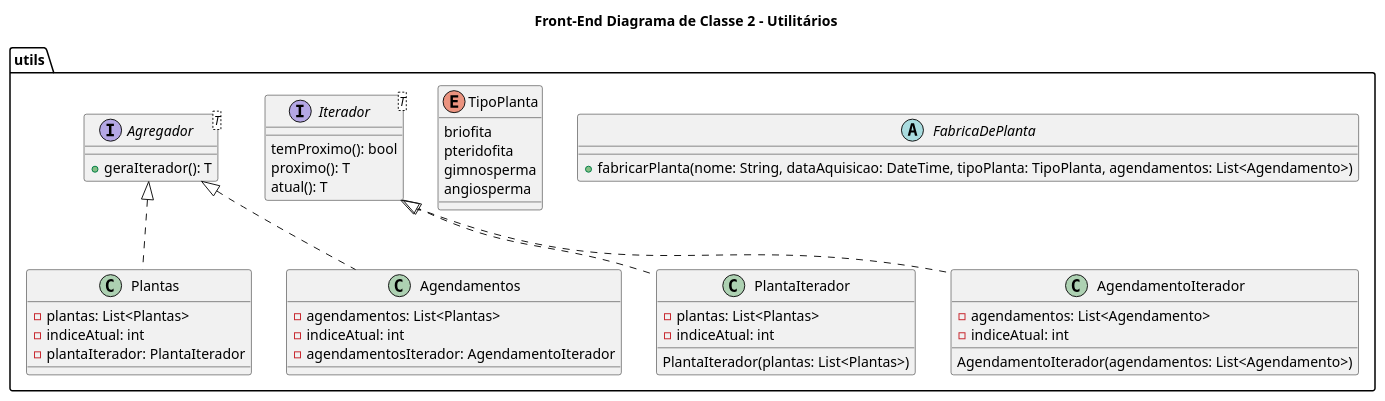
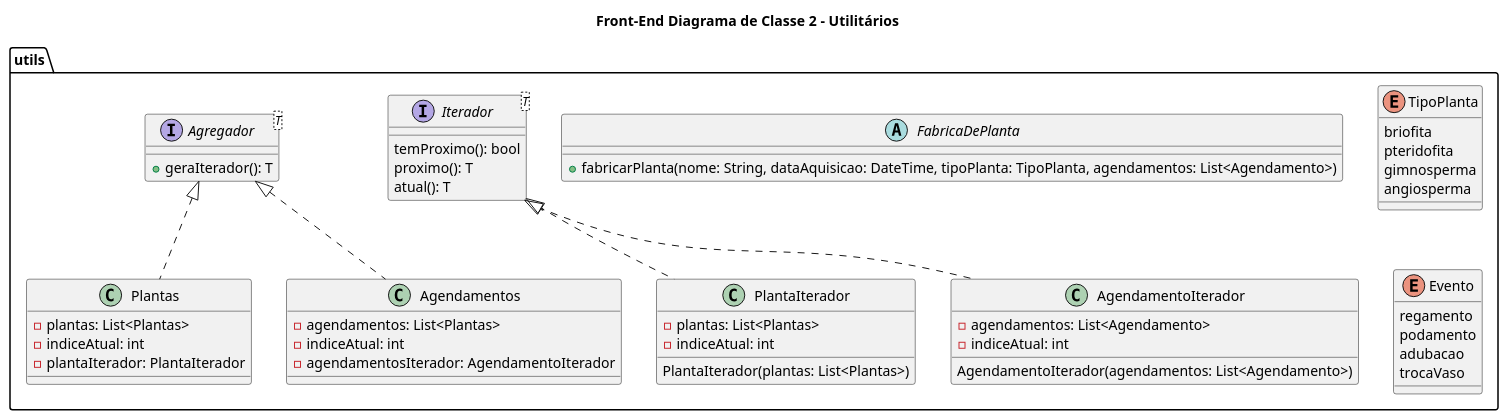
The diagram in docs/diagramas/src/diagramas_classe/frontend/diagrama_classe_2.plantuml (tiagors09/CareGardenProject), drawn with PlantUML before and after one commit. The commit also changed 4 other files, not shown here.

```diff
--- a/docs/diagramas/src/diagramas_classe/frontend/diagrama_classe_2.plantuml
+++ b/docs/diagramas/src/diagramas_classe/frontend/diagrama_classe_2.plantuml
@@ -1,56 +1,63 @@
 @startuml Diagrama_Classe_2
 title Front-End Diagrama de Classe 2 - Utilitários
 
 package utils {
   abstract class FabricaDePlanta {
     +fabricarPlanta(nome: String, dataAquisicao: DateTime, tipoPlanta: TipoPlanta, agendamentos: List<Agendamento>)
   }
 
   enum TipoPlanta {
     briofita
     pteridofita
     gimnosperma
     angiosperma
+  }
+
+  enum Evento {
+    regamento
+    podamento
+    adubacao
+    trocaVaso
   }
 
   interface Iterador<T> {
     temProximo(): bool
     proximo(): T
     atual(): T
   }
 
   class PlantaIterador {
     -plantas: List<Plantas>
     -indiceAtual: int
     PlantaIterador(plantas: List<Plantas>)
   }
 
   class AgendamentoIterador {
     -agendamentos: List<Agendamento>
     -indiceAtual: int
     AgendamentoIterador(agendamentos: List<Agendamento>)
   }
 
   interface Agregador<T> {
     +geraIterador(): T
   }
 
   class Plantas {
     -plantas: List<Plantas>
     -indiceAtual: int
     -plantaIterador: PlantaIterador
   }
 
   class Agendamentos {
     -agendamentos: List<Plantas>
     -indiceAtual: int
     -agendamentosIterador: AgendamentoIterador
   }
 
   Iterador <|.. PlantaIterador
   Iterador <|.. AgendamentoIterador
 
   Agregador <|.. Plantas
   Agregador <|.. Agendamentos
 }
 @enduml
```
